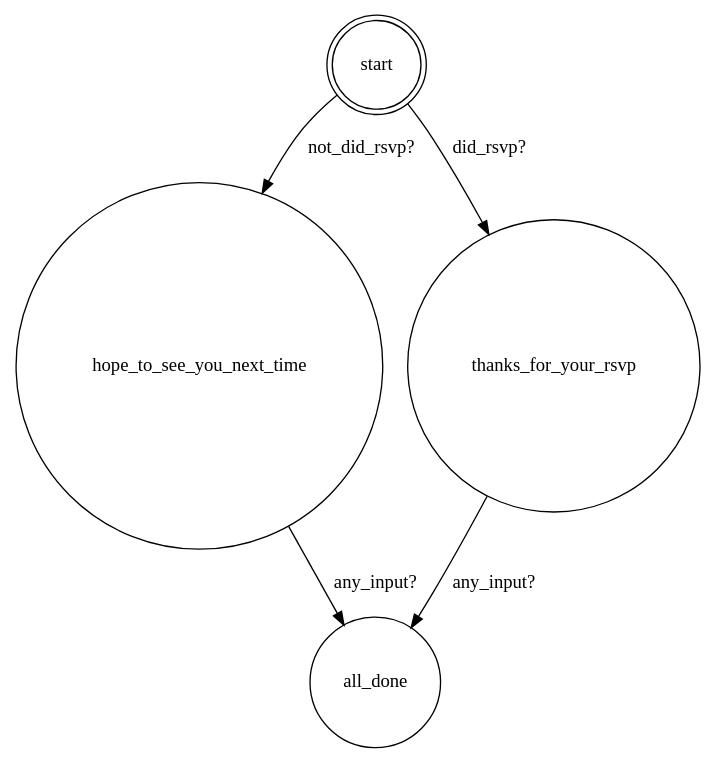
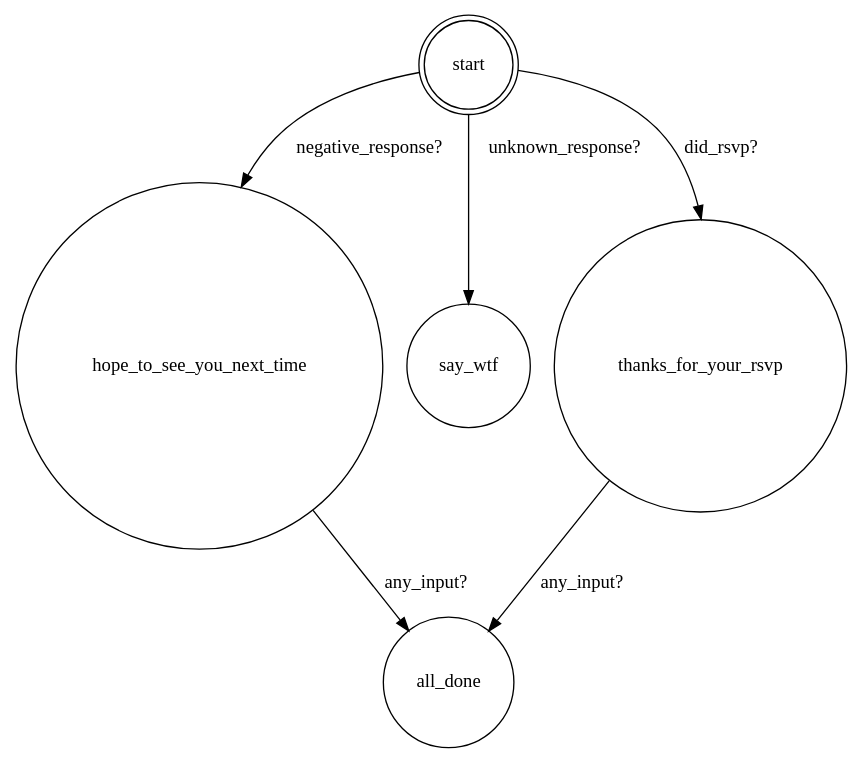
One commit to kyleburton/twilio-in-ten-minutes changed the diagram in public/workflows/rsvp.dot. Above: the diagram before and after it, drawn with Graphviz. The commit also changed 2 other files, not shown here.

Commit message:
added negative response, and wtf end state

```diff
--- a/public/workflows/rsvp.dot
+++ b/public/workflows/rsvp.dot
@@ -1,10 +1,12 @@
 digraph {
   "hope_to_see_you_next_time" [ shape = circle ]; 
   "hope_to_see_you_next_time" -> "all_done" [ label = "any_input?" ];
-  "all_done" [ shape = circle ]; 
+  "say_wtf" [ shape = circle ]; 
   "start" [ shape = doublecircle ]; 
   "start" -> "thanks_for_your_rsvp" [ label = "did_rsvp?" ];
-  "start" -> "hope_to_see_you_next_time" [ label = "not_did_rsvp?" ];
+  "start" -> "hope_to_see_you_next_time" [ label = "negative_response?" ];
+  "start" -> "say_wtf" [ label = "unknown_response?" ];
   "thanks_for_your_rsvp" [ shape = circle ]; 
   "thanks_for_your_rsvp" -> "all_done" [ label = "any_input?" ];
+  "all_done" [ shape = circle ]; 
 }
```
